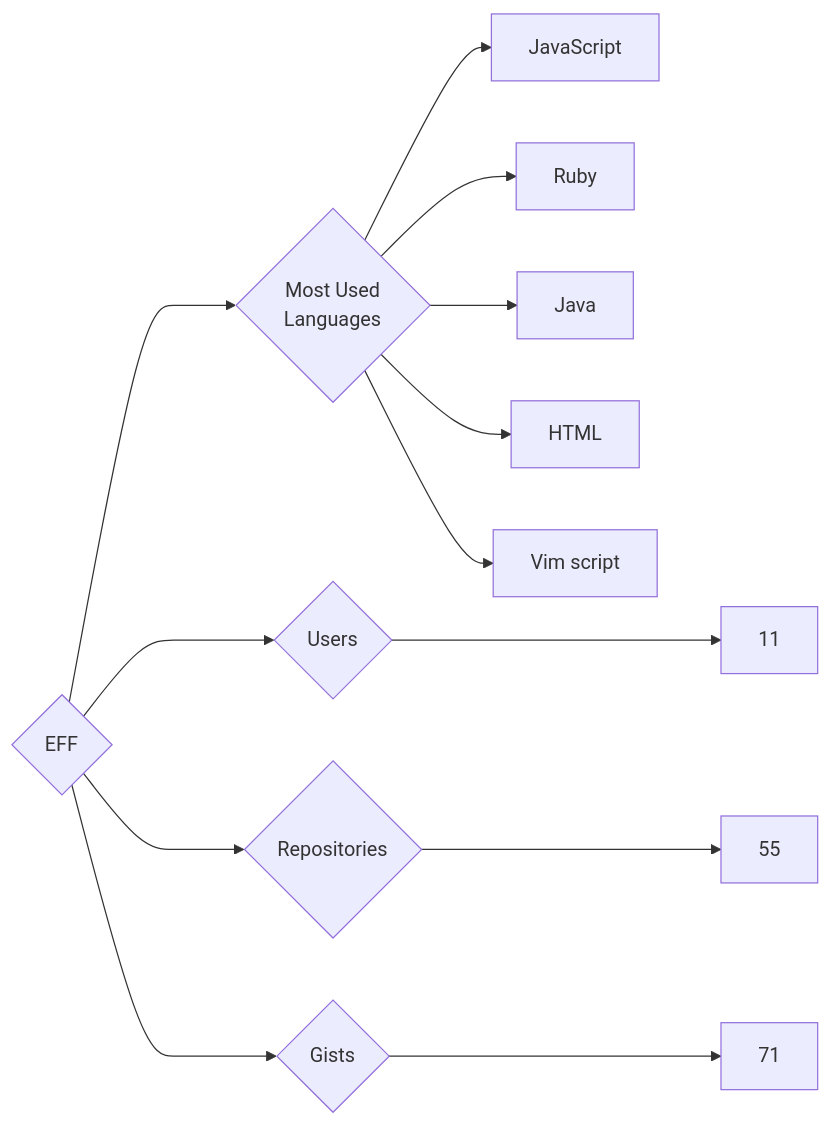
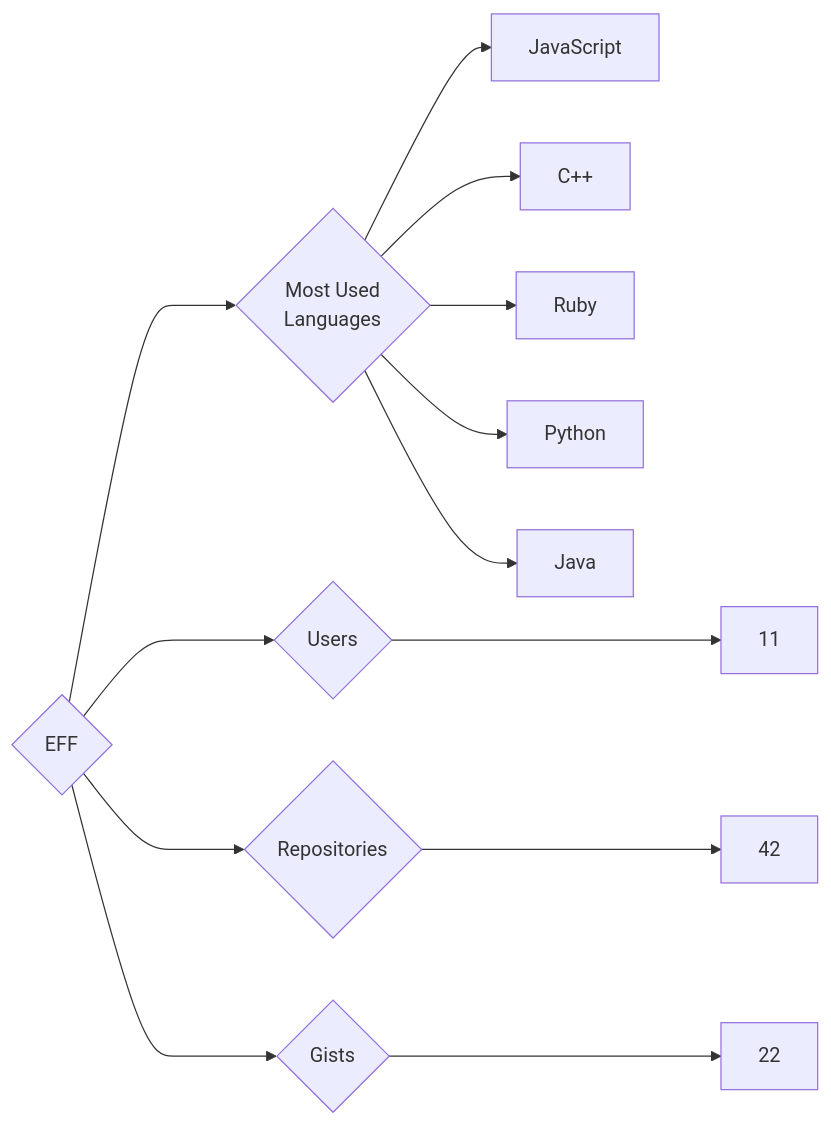
One commit to trickest/insiders changed the diagram in targets/EFF/README.md. Above: the diagram before and after it, drawn with Mermaid. The commit also changed 569 other files, not shown here.

````diff
--- a/targets/EFF/README.md
+++ b/targets/EFF/README.md
@@ -3,13 +3,13 @@
 ```mermaid
 graph LR
 COMPANY_NAME{EFF}
 COMPANY_NAME ---> U{Users} ---> UN[11]
-COMPANY_NAME ---> R{Repositories} ---> RN[55]
-COMPANY_NAME ---> G{Gists} ---> GN[71]
+COMPANY_NAME ---> R{Repositories} ---> RN[42]
+COMPANY_NAME ---> G{Gists} ---> GN[22]
 COMPANY_NAME ---> ML{Most Used<br>Languages}
 ML --> JavaScript[JavaScript]
+ML --> C++[C++]
 ML --> Ruby[Ruby]
+ML --> Python[Python]
 ML --> Java[Java]
-ML --> HTML[HTML]
-ML --> Vim_script[Vim script]
 ```
````
